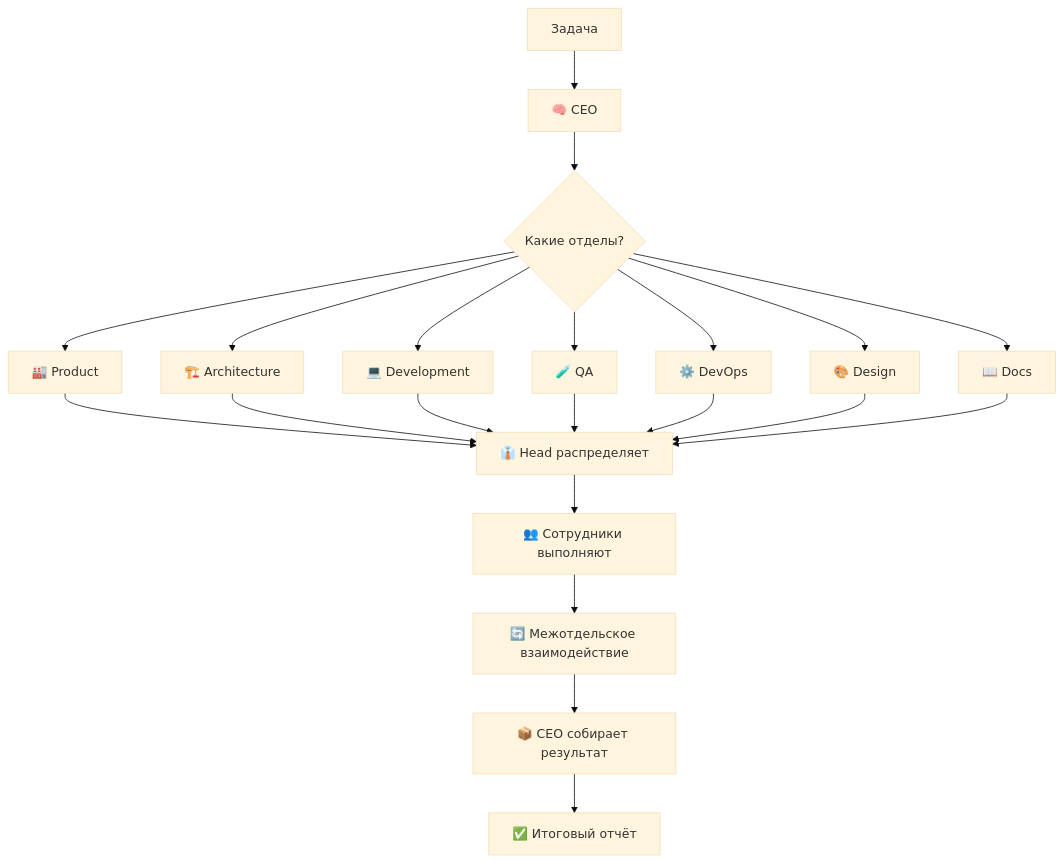
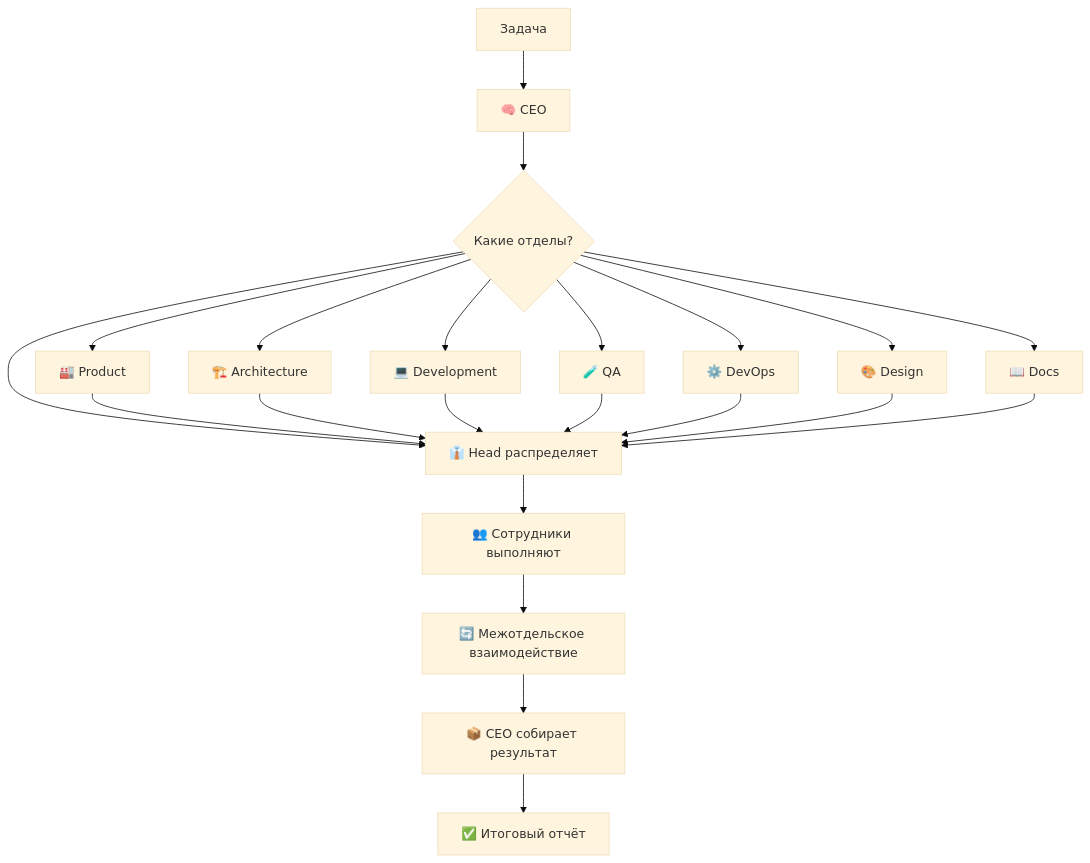
Before and after one commit to dlydedica/ai_agents_team: the diagram in README.md, drawn with Mermaid (base theme). The commit also changed other lines of this file and 7 other files, not shown here.

````diff
--- a/README.md
+++ b/README.md
@@ -61,25 +71,26 @@
 ```mermaid
 graph TD
     A[Задача] --> B[🧠 CEO]
     B --> C{Какие отделы?}
     C --> D[🏭 Product]
     C --> E[🏗️ Architecture] 
     C --> F[💻 Development]
     C --> G[🧪 QA]
     C --> H[⚙️ DevOps]
     C --> I[🎨 Design]
     C --> J[📖 Docs]
+    C --> K[👥 HR]
     
     D --> K[👔 Head распределяет]
     E --> K
     F --> K
     G --> K
     H --> K
     I --> K
     J --> K
     
     K --> L[👥 Сотрудники выполняют]
     L --> M[🔄 Межотдельское взаимодействие]
     M --> N[📦 CEO собирает результат]
     N --> O[✅ Итоговый отчёт]
 ```
````
